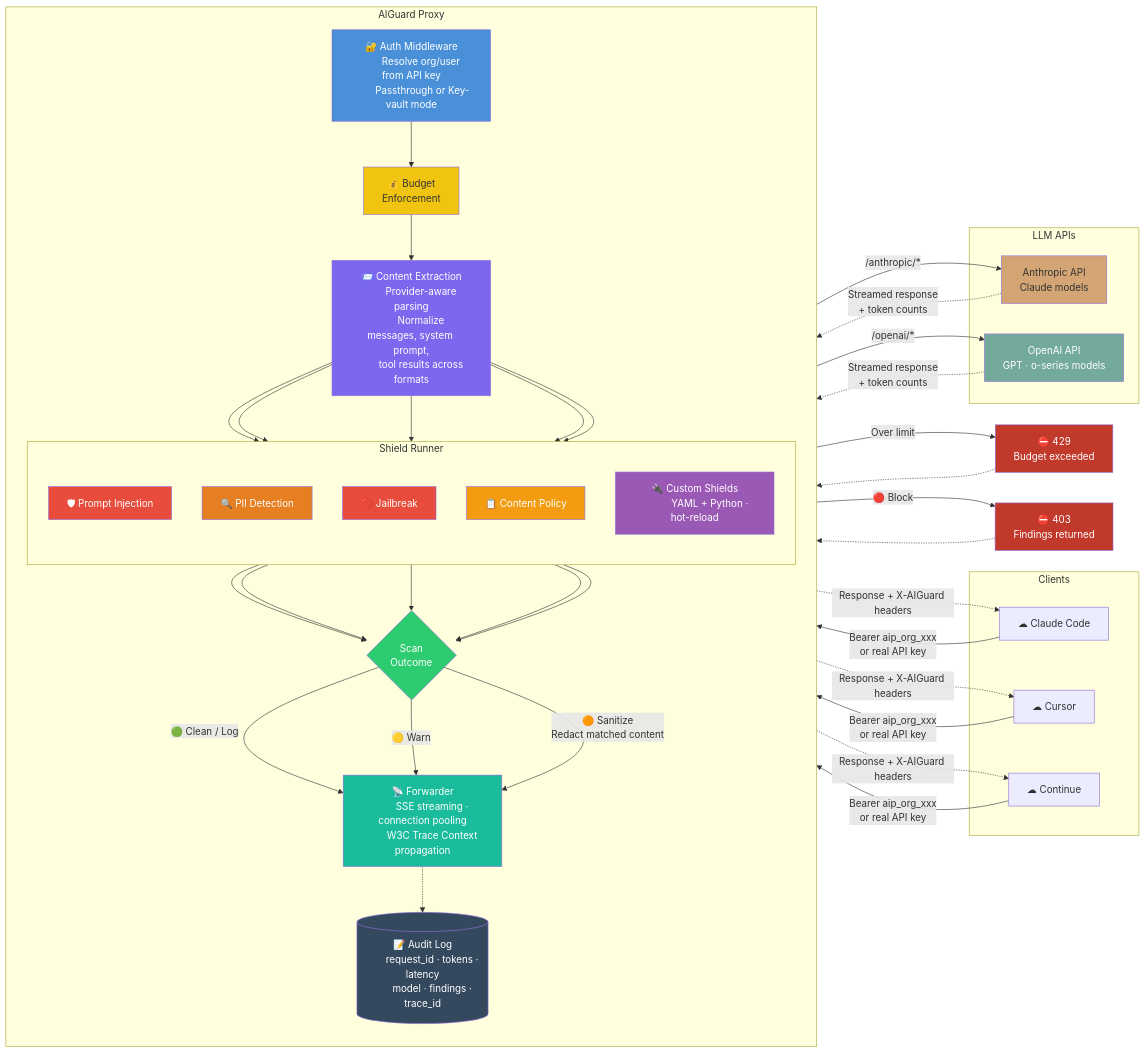
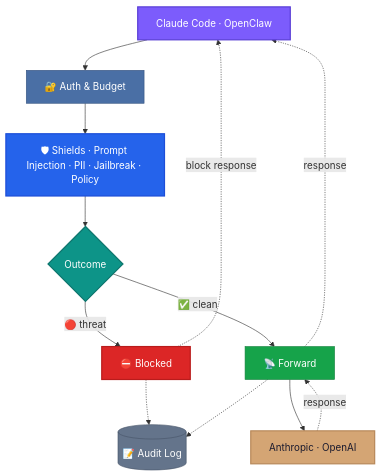
One commit to aibuildspace/aiguard changed the diagram in README.md. Above: the diagram before and after it, drawn with Mermaid. The commit also changed 2 other files, not shown here.

Commit message:
updated diagram

````diff
--- a/README.md
+++ b/README.md
@@ -72,94 +72,33 @@
 ```mermaid
-graph LR
-    subgraph Clients
-        CC["☁ Claude Code"]
-        CU["☁ Cursor"]
-        CO["☁ Continue"]
-    end
+graph TB
+    CLIENT["Claude Code · OpenClaw"]
+    AUTH["🔐 Auth & Budget"]
+    SHIELDS["🛡 Shields · Prompt Injection · PII · Jailbreak · Policy"]
+    DECISION{"Outcome"}
+    BLOCK["⛔ Blocked"]
+    FWD["📡 Forward"]
+    LLM["Anthropic · OpenAI"]
+    AUDIT[("📝 Audit Log")]
 
-    subgraph "AIGuard Proxy"
-        direction TB
+    CLIENT --> AUTH --> SHIELDS --> DECISION
 
-        AUTH["🔐 Auth Middleware
-        Resolve org/user from API key
-        Passthrough or Key-vault mode"]
+    DECISION -- "🔴 threat" --> BLOCK
+    DECISION -- "✅ clean" --> FWD
 
-        EXTRACT["📨 Content Extraction
-        Provider-aware parsing
-        Normalize messages, system prompt,
-        tool results across formats"]
+    BLOCK -. "block response" .-> CLIENT
+    BLOCK -.-> AUDIT
 
-        subgraph "Shield Runner"
-            direction TB
-            PI["🛡 Prompt Injection"]
-            PII["🔍 PII Detection"]
-            JB["🚫 Jailbreak"]
-            CP["📋 Content Policy"]
-            CUSTOM["🔌 Custom Shields
-            YAML + Python · hot-reload"]
-        end
+    FWD --> LLM
+    LLM -. "response" .-> FWD
+    FWD -. "response" .-> CLIENT
+    FWD -.-> AUDIT
 
-        DECISION{"Scan
-        Outcome"}
-
-        BUDGET["💰 Budget
-        Enforcement"]
-
-        FWD["📡 Forwarder
-        SSE streaming · connection pooling
-        W3C Trace Context propagation"]
-
-        AUDIT[("📝 Audit Log
-        request_id · tokens · latency
-        model · findings · trace_id")]
-    end
-
-    subgraph "LLM APIs"
-        ANTH["Anthropic API
-        Claude models"]
-        OAI["OpenAI API
-        GPT · o-series models"]
-    end
-
-    CC & CU & CO -->|"Bearer aip_org_xxx
-    or real API key"| AUTH
-    AUTH --> BUDGET
-    BUDGET -->|"Over limit"| BLOCK_B["⛔ 429
-    Budget exceeded"]
-    BUDGET --> EXTRACT
-    EXTRACT --> PI & PII & JB & CP & CUSTOM
-    PI & PII & JB & CP & CUSTOM --> DECISION
-
-    DECISION -->|"🟢 Clean / Log"| FWD
-    DECISION -->|"🟡 Warn"| FWD
-    DECISION -->|"🟠 Sanitize
-    Redact matched content"| FWD
-    DECISION -->|"🔴 Block"| BLOCK["⛔ 403
-    Findings returned"]
-
-    FWD -->|"/anthropic/*"| ANTH
-    FWD -->|"/openai/*"| OAI
-
-    ANTH & OAI -.->|"Streamed response
-    + token counts"| FWD
-    FWD -.->|"Response + X-AIGuard headers"| CC & CU & CO
-    FWD -.-> AUDIT
-    BLOCK -.-> AUDIT
-    BLOCK_B -.-> AUDIT
-
-    style AUTH fill:#4a90d9,color:#fff
-    style EXTRACT fill:#7b68ee,color:#fff
-    style PI fill:#e74c3c,color:#fff
-    style PII fill:#e67e22,color:#fff
-    style JB fill:#e74c3c,color:#fff
-    style CP fill:#f39c12,color:#fff
-    style CUSTOM fill:#9b59b6,color:#fff
-    style DECISION fill:#2ecc71,color:#fff
-    style FWD fill:#1abc9c,color:#fff
-    style AUDIT fill:#34495e,color:#fff
-    style BUDGET fill:#f1c40f,color:#333
-    style BLOCK fill:#c0392b,color:#fff
-    style BLOCK_B fill:#c0392b,color:#fff
-    style ANTH fill:#d4a574,color:#333
-    style OAI fill:#74aa9c,color:#fff
+    style CLIENT fill:#7c5cfc,stroke:#5a3fd6,color:#fff,stroke-width:2px
+    style AUTH fill:#4a6fa5,stroke:#365480,color:#fff,stroke-width:1px
+    style SHIELDS fill:#2563eb,stroke:#1d4ed8,color:#fff,stroke-width:2px
+    style DECISION fill:#0d9488,stroke:#0f766e,color:#fff,stroke-width:2px
+    style FWD fill:#16a34a,stroke:#15803d,color:#fff,stroke-width:1px
+    style AUDIT fill:#64748b,stroke:#475569,color:#fff,stroke-width:1px
+    style BLOCK fill:#dc2626,stroke:#b91c1c,color:#fff,stroke-width:2px
+    style LLM fill:#d4a574,stroke:#b8895a,color:#1a1a2e,stroke-width:2px
 ```
````
